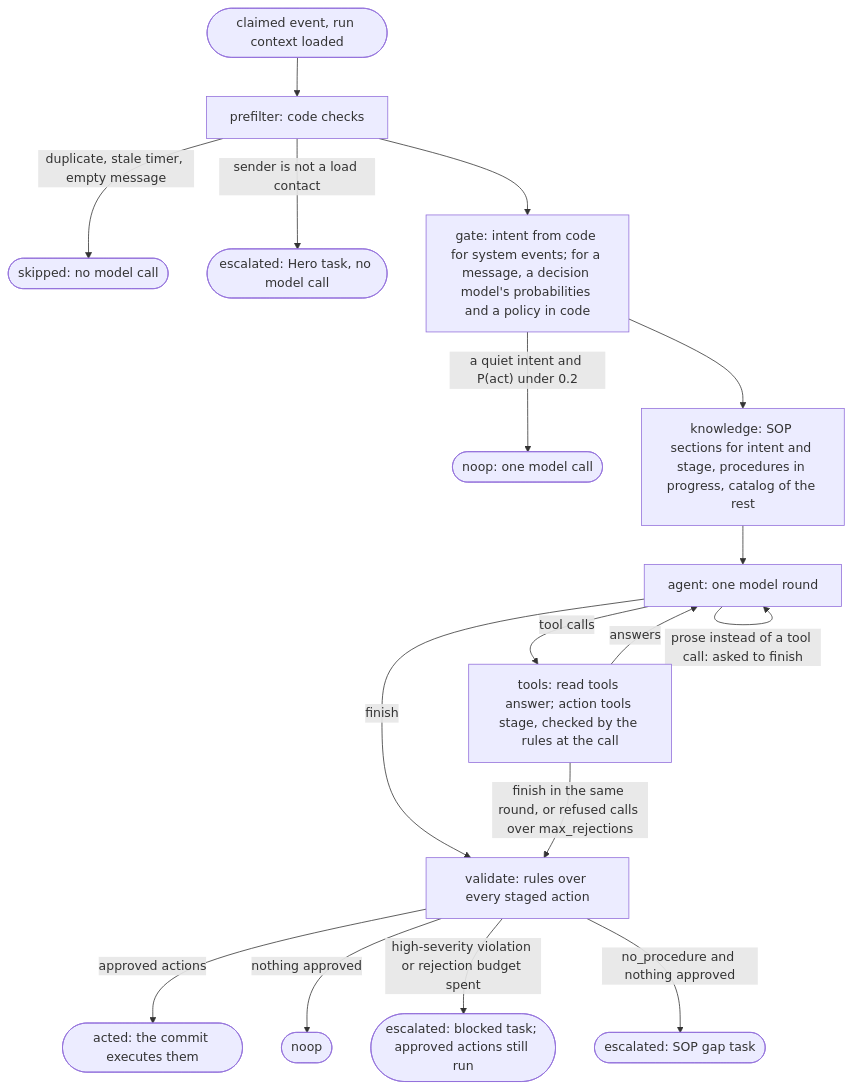
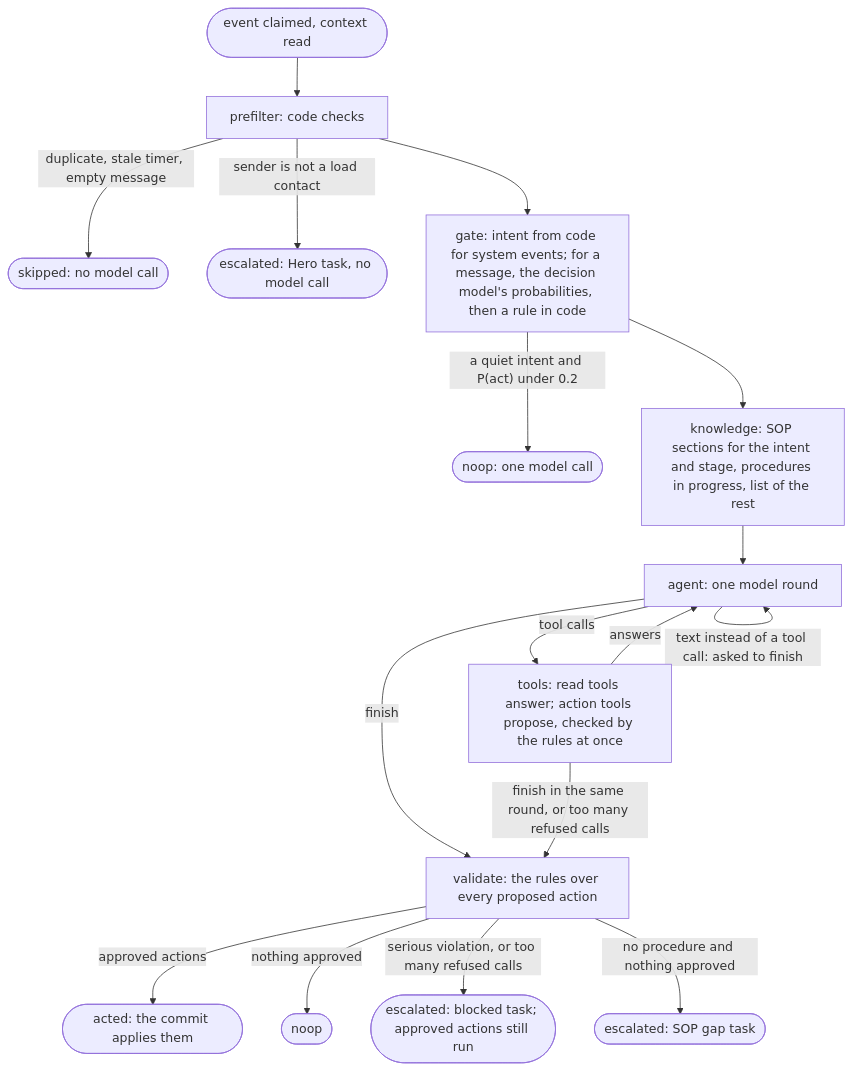
One commit to pedrocwb/freight-hero-assessment changed the fourth of 11 diagrams in docs/architecture.md. Above: the diagram before and after it, drawn with Mermaid. The commit also changed other lines of this file and 1 other file, not shown here.

First line of the commit message:
Rewrite the answers and the architecture in plain language

````diff
--- a/docs/architecture.md
+++ b/docs/architecture.md
@@ -132,25 +144,25 @@
 ```mermaid
 flowchart TD
-  start(["claimed event, run context loaded"]) --> prefilter
+  start(["event claimed, context read"]) --> prefilter
   prefilter["prefilter: code checks"]
   prefilter -- "duplicate, stale timer, empty message" --> skipped(["skipped: no model call"])
   prefilter -- "sender is not a load contact" --> unknown(["escalated: Hero task, no model call"])
   prefilter --> gate
-  gate["gate: intent from code for system events; for a message, a decision model's probabilities and a policy in code"]
+  gate["gate: intent from code for system events; for a message, the decision model's probabilities, then a rule in code"]
   gate -- "a quiet intent and P(act) under 0.2" --> noop1(["noop: one model call"])
   gate --> knowledge
-  knowledge["knowledge: SOP sections for intent and stage, procedures in progress, catalog of the rest"]
+  knowledge["knowledge: SOP sections for the intent and stage, procedures in progress, list of the rest"]
   knowledge --> agent
   agent["agent: one model round"]
   agent -- "tool calls" --> tools
-  agent -- "prose instead of a tool call: asked to finish" --> agent
+  agent -- "text instead of a tool call: asked to finish" --> agent
   agent -- "finish" --> validate
-  tools["tools: read tools answer; action tools stage, checked by the rules at the call"]
+  tools["tools: read tools answer; action tools propose, checked by the rules at once"]
   tools -- "answers" --> agent
-  tools -- "finish in the same round, or refused calls over max_rejections" --> validate
-  validate["validate: rules over every staged action"]
-  validate -- "approved actions" --> acted(["acted: the commit executes them"])
+  tools -- "finish in the same round, or too many refused calls" --> validate
+  validate["validate: the rules over every proposed action"]
+  validate -- "approved actions" --> acted(["acted: the commit applies them"])
   validate -- "nothing approved" --> noop2(["noop"])
-  validate -- "high-severity violation or rejection budget spent" --> blocked(["escalated: blocked task; approved actions still run"])
-  validate -- "no_procedure and nothing approved" --> gap(["escalated: SOP gap task"])
+  validate -- "serious violation, or too many refused calls" --> blocked(["escalated: blocked task; approved actions still run"])
+  validate -- "no procedure and nothing approved" --> gap(["escalated: SOP gap task"])
 ```
````
